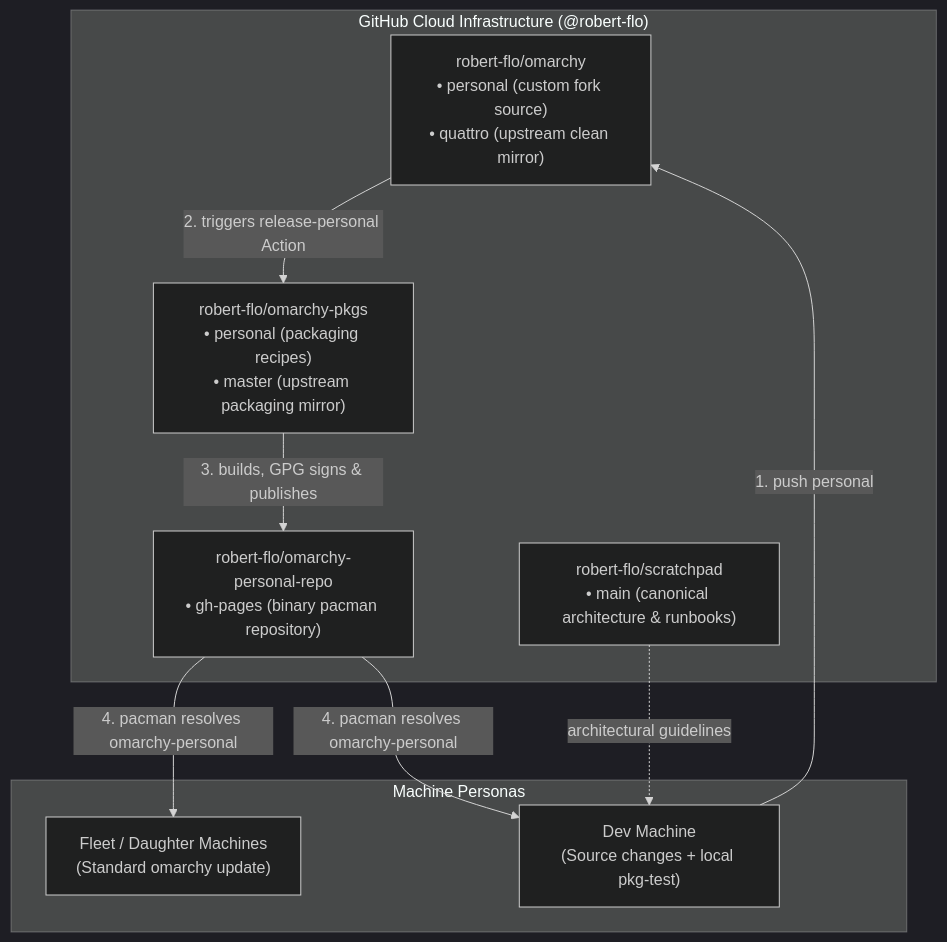
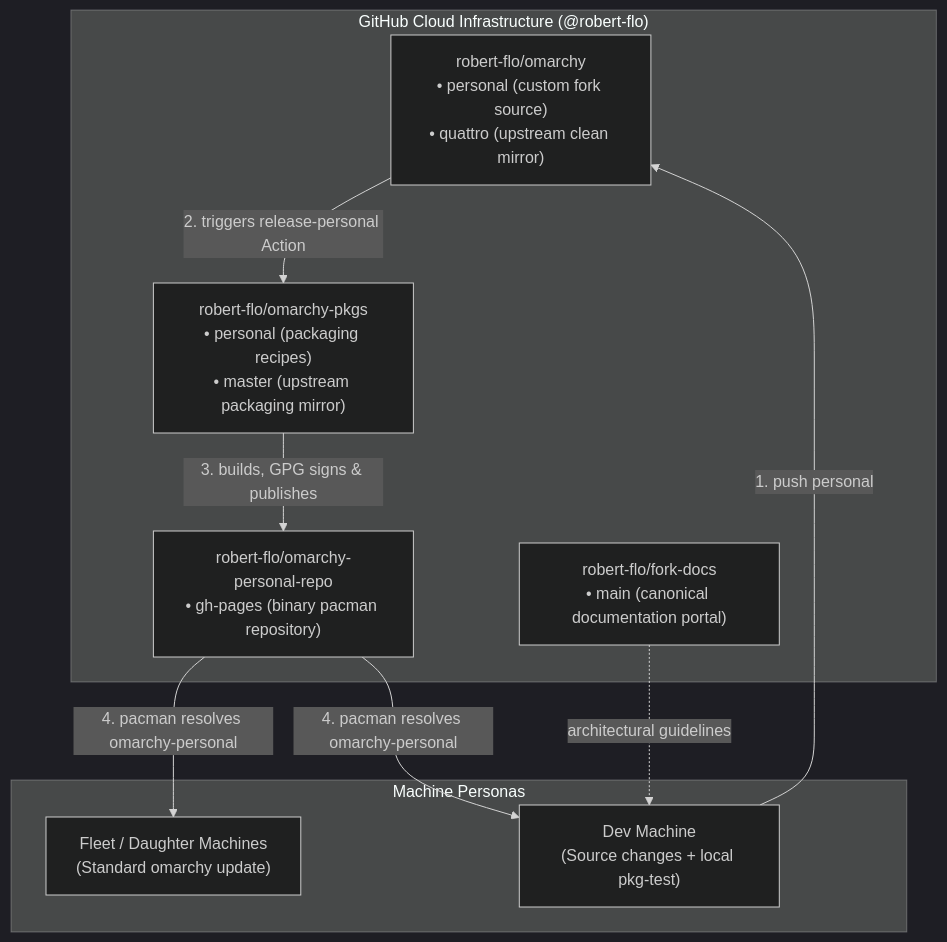
One commit to robert-flo/omarchy changed the diagram in README.md. Above: the diagram before and after it, drawn with Mermaid (dark theme). The commit also changed other lines of this file, not shown here.

Commit message:
docs: point documentation references to canonical fork-docs portal

````diff
--- a/README.md
+++ b/README.md
@@ -22,21 +22,21 @@
 ```mermaid
 graph TD
     subgraph Repos ["GitHub Cloud Infrastructure (@robert-flo)"]
         R_Source["robert-flo/omarchy<br/>• personal (custom fork source)<br/>• quattro (upstream clean mirror)"]
         R_Pkgs["robert-flo/omarchy-pkgs<br/>• personal (packaging recipes)<br/>• master (upstream packaging mirror)"]
         R_Pacman["robert-flo/omarchy-personal-repo<br/>• gh-pages (binary pacman repository)"]
-        R_Docs["robert-flo/scratchpad<br/>• main (canonical architecture & runbooks)"]
+        R_Docs["robert-flo/fork-docs<br/>• main (canonical documentation portal)"]
     end
 
     subgraph Roles ["Machine Personas"]
         Dev["Dev Machine<br/>(Source changes + local pkg-test)"]
         Consumer["Fleet / Daughter Machines<br/>(Standard omarchy update)"]
     end
 
     Dev -->|1. push personal| R_Source
     R_Source -->|2. triggers release-personal Action| R_Pkgs
     R_Pkgs -->|3. builds, GPG signs & publishes| R_Pacman
     R_Pacman -->|4. pacman resolves omarchy-personal| Consumer
     R_Pacman -->|4. pacman resolves omarchy-personal| Dev
     R_Docs -.->|architectural guidelines| Dev
 ```
````
